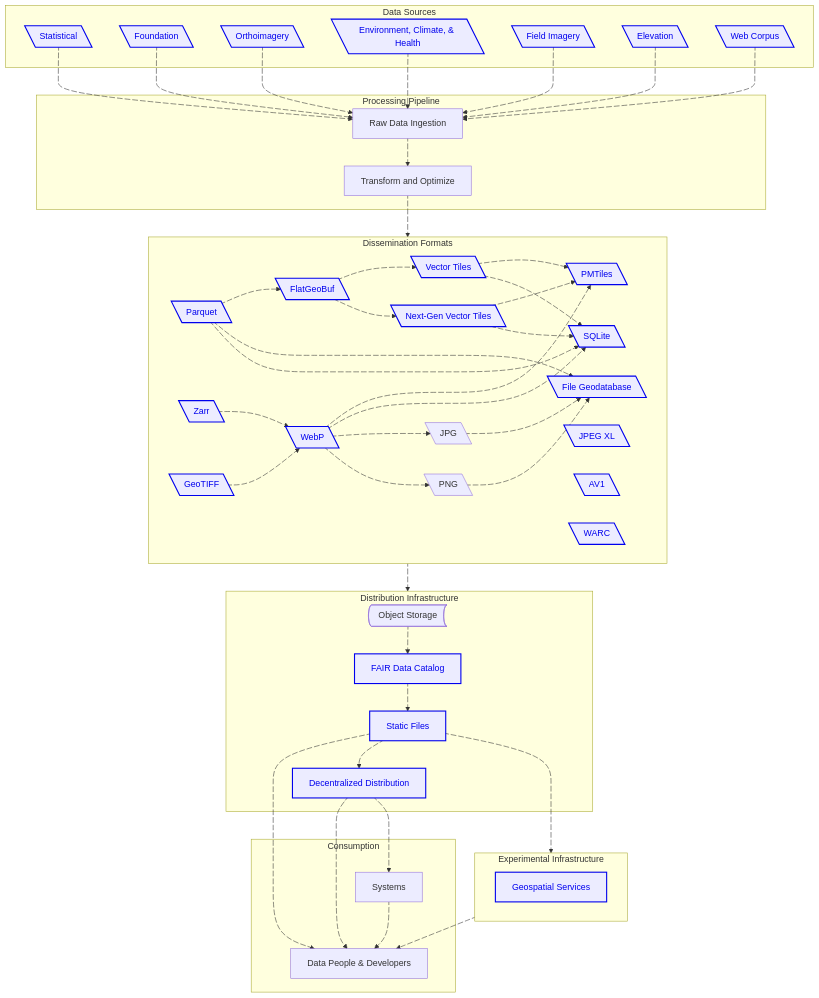
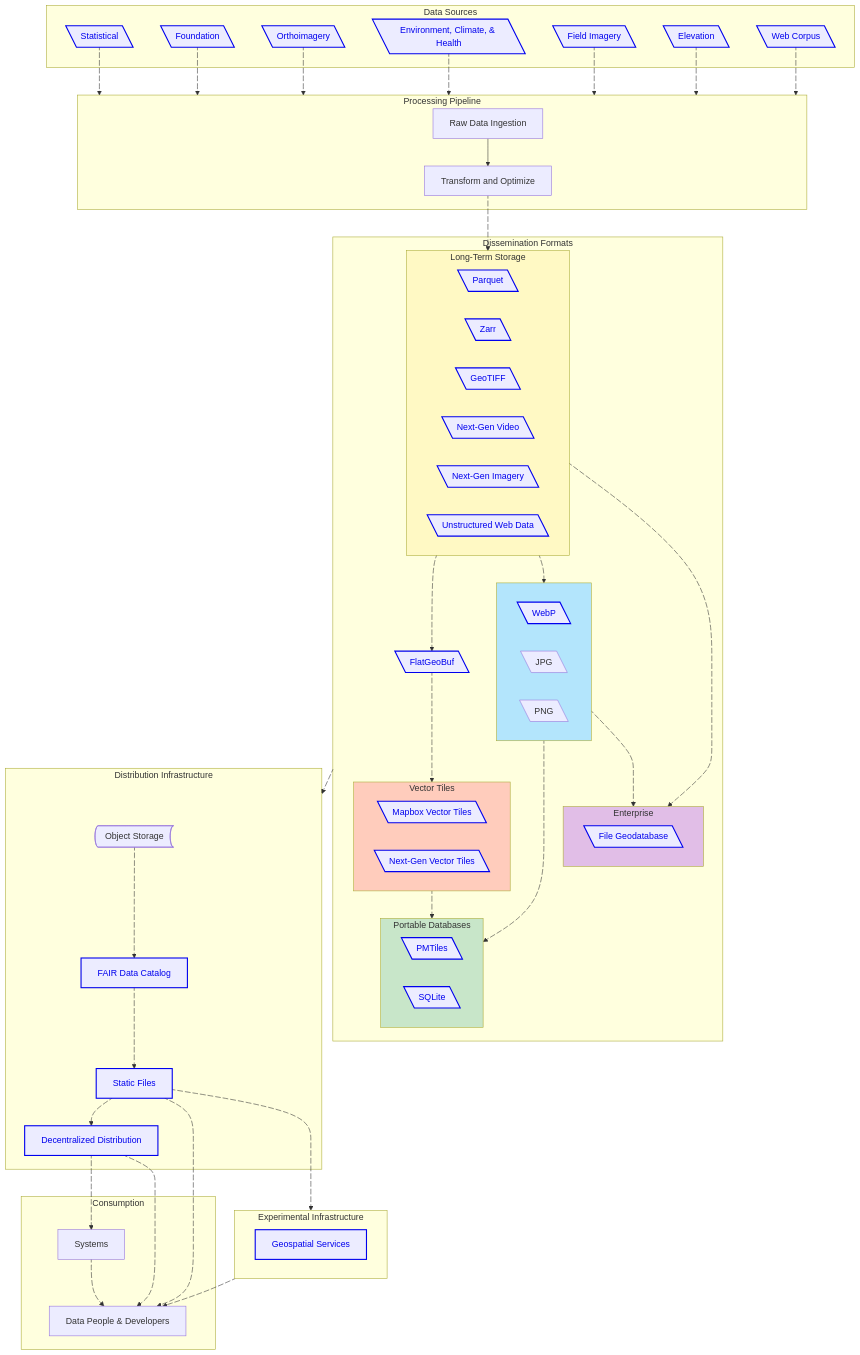
Before and after one commit to dataforcanada/www.dataforcanada.org: the diagram in content/_index.md, drawn with Mermaid. The commit also changed other lines of this file, not shown here.

Commit message:
Simplify homepage high-level overview diagram. Change terminology

````diff
--- a/content/_index.md
+++ b/content/_index.md
@@ -65,6 +66,10 @@
 ```mermaid
 flowchart TD
     classDef linkNode stroke:#0000EE,color:#0000EE,stroke-width:2px;
+    
+    %% ---------------------------------------------------------
+    %% 1. DATA SOURCES
+    %% ---------------------------------------------------------
     subgraph ds [Data Sources]
         Statistical@{ shape: lean-l}
         Foundation@{ shape: lean-l}
@@ -75,29 +80,63 @@
         WebCorpus@{ shape: lean-l, label: "Web Corpus"}
     end
 
+    %% ---------------------------------------------------------
+    %% 2. PROCESSING PIPELINE
+    %% ---------------------------------------------------------
     subgraph pp [Processing Pipeline]
         Raw@{ shape: rect, label: "Raw Data Ingestion"}
         Transform@{ shape: rect, label: "Transform and Optimize"}
+        
+        %% Internal Link
+        Raw --> Transform
     end
 
+    %% ---------------------------------------------------------
+    %% 3. DISSEMINATION FORMATS
+    %% ---------------------------------------------------------
     subgraph df [Dissemination Formats]
-        Parquet@{ shape: lean-l}
+        
+        %% Box: Long-Term Storage (Pastel Gold)
+        subgraph sot [Long-Term Storage]
+            Parquet@{ shape: lean-l}
+            Zarr@{ shape: lean-l}
+            GeoTIFF@{ shape: lean-l}
+            AV1@{ shape: lean-l, label: "Next-Gen Video"}
+            JPEGXL@{ shape: lean-l, label: "Next-Gen Imagery"}
+            WARC@{ shape: lean-l, label: "Unstructured Web Data"}
+        end
+
+        %% Intermediate format (Standalone)
         FlatGeoBuf@{ shape: lean-l}
-        VectorTiles@{ shape: lean-l, label: "Vector Tiles"}
-        NextGenVectorTiles@{ shape: lean-l, label: "Next-Gen Vector Tiles"}
-        PMTiles@{ shape: lean-l}
-        SQLite@{ shape: lean-l}
-        FileGeodatabase@{shape: lean-l, label: "File Geodatabase"}
-        GeoTIFF@{ shape: lean-l}
-        Zarr@{ shape: lean-l}
-        WebP@{ shape: lean-l}
-        JPG@{ shape: lean-l}
-        PNG@{ shape: lean-l}
-        JPEGXL@{ shape: lean-l, label: "JPEG XL"}
-        AV1@{ shape: lean-l, label: "AV1"}
-        WARC@{ shape: lean-l}
+
+        %% Box: Vector Tiles (Pastel Orange)
+        subgraph vt [Vector Tiles]
+            VectorTiles@{ shape: lean-l, label: "Mapbox Vector Tiles"}
+            NextGenVectorTiles@{ shape: lean-l, label: "Next-Gen Vector Tiles"}
+        end
+
+        %% Box: Visuals (Pastel Blue - No Name)
+        subgraph visuals [" "]
+            WebP@{ shape: lean-l}
+            JPG@{ shape: lean-l}
+            PNG@{ shape: lean-l}
+        end
+
+        %% Box: Portable Databases (Pastel Green)
+        subgraph pkg [Portable Databases]
+            PMTiles@{ shape: lean-l}
+            SQLite@{ shape: lean-l}
+        end
+
+        %% Box: Enterprise (Pastel Purple)
+        subgraph ent [Enterprise]
+            FileGeodatabase@{shape: lean-l, label: "File Geodatabase"}
+        end
     end
 
+    %% ---------------------------------------------------------
+    %% 4. DISTRIBUTION INFRASTRUCTURE
+    %% ---------------------------------------------------------
     subgraph di [Distribution Infrastructure]
         ObjectStorage@{ shape: bow-rect, label: "Object Storage"}
         Metadata@{ shape: rect, label: "FAIR Data Catalog"}
@@ -105,96 +144,119 @@
         DecentralizedDistribution@{ shape: rect, label: "Decentralized Distribution"}
     end
 
+    %% ---------------------------------------------------------
+    %% 5. EXPERIMENTAL INFRASTRUCTURE
+    %% ---------------------------------------------------------
     subgraph ei [Experimental Infrastructure]
         GeoSpatialServices@{ shape: rect, label: "Geospatial Services"}
-        %%Martin@{ shape: rect}
-        %%GeoServer@{ shape: rect}
-        %%ZOOProject@{ shape: rect, label: "ZOO-Project"}
-        %%BBOXServer@{ shape: rect, label: "BBOX Server"}
-        %%Panoramax@{ shape: rect}
-        %%Pelias@{ shape: rect}
     end
 
+    %% ---------------------------------------------------------
+    %% 6. CONSUMPTION
+    %% ---------------------------------------------------------
     subgraph "Consumption"
         DataSci@{ shape: rect, label: "Data People & Developers"}
         Systems@{ shape: rect, label: "Systems"}
     end
 
-    %% Relationships
-    Statistical a1@--> Raw
+    %% =========================================================
+    %% RELATIONSHIPS
+    %% =========================================================
+
+    %% Data Sources --> Processing Pipeline (Box)
+    Statistical a1@--> pp
     a1@{animate: true, animation: slow}
-    Foundation a2@--> Raw
+    Foundation a2@--> pp
     a2@{animate: true, animation: slow}
-    Orthoimagery a3@--> Raw
+    Orthoimagery a3@--> pp
     a3@{animate: true, animation: slow}
-    EnvironmentClimate a5@--> Raw
+    EnvironmentClimate a5@--> pp
     a5@{animate: true, animation: fast}
-    FieldImagery a4@--> Raw
+    FieldImagery a4@--> pp
     a4@{animate:true, animation: fast}
-    Elevation a6@--> Raw
+    Elevation a6@--> pp
     a6@{animate: true, animation: slow}
-    WebCorpus a7@--> Raw
+    WebCorpus a7@--> pp
     a7@{animate: true, animation: fast}
-    Raw a8@--> Transform
-    a8@{animate: true, animation: slow}
-    Transform a9@--> df
+
+    %% Processing Pipeline --> Long-Term Storage (Box)
+    Transform a9@--> sot
     a9@{animate: true, animation: slow}
-    Parquet a10@--> FlatGeoBuf
+
+    %% Long-Term Storage --> FlatGeoBuf
+    sot a10@--> FlatGeoBuf
     a10@{animate: true, animation: fast}
-    Parquet a100@--> FileGeodatabase
-    Parquet a110@--> SQLite
-    a110@{animate: true, animation: slow}
+    
+    %% FlatGeoBuf --> Vector Tiles (Box)
+    FlatGeoBuf a11@--> vt
+    a11@{animate: true, animation: fast}
+
+    %% Long-Term Storage --> Visuals (Box)
+    sot a12@--> visuals
+    a12@{animate: true, animation: slow}
+
+    %% Vector Tiles --> Portable Databases (Box)
+    vt a90@--> pkg
+    a90@{animate: true, animation: fast}
+
+    %% Visuals --> Portable Databases (Box)
+    visuals a93@--> pkg
+    a93@{animate: true, animation: slow}
+
+    %% Long-Term Storage --> Enterprise (Box)
+    sot a100@--> ent
     a100@{animate: true, animation: slow}
-    FlatGeoBuf a11@--> VectorTiles
-    a11@{animate: true, animation: fast}
-    FlatGeoBuf a91@--> NextGenVectorTiles
-    a91@{animate: true, animation: fast}
-    VectorTiles a90@ --> PMTiles
-    a90@{animate: true, animation: fast}
-    VectorTiles a96@ --> SQLite
-    a96@{animate: true, animation: slow}
-    NextGenVectorTiles a92@ --> PMTiles
-    a92@{animate: true, animation: slow}
-    NextGenVectorTiles a95@ --> SQLite
-    a95@{animate: true, animation: slow}
-    Zarr a12@ --> WebP
-    a12@{animate: true, animation: slow}
-    df a13@ --> di
+
+    %% Visuals --> Enterprise (Box)
+    visuals a102@--> ent
+    a102@{animate: true, animation: slow}
+
+    %% Dissemination Formats --> Distribution Infrastructure
+    df a13@--> di
     a13@{animate: true, animation: slow}
-    GeoTIFF a14@--> WebP
-    a14@{animate: true, animation: slow}
-    WebP a93@--> PMTiles 
-    a93@{animate: true, animation: slow}
-    WebP a94@--> SQLite
-    a94@{animate: true, animation: slow}
-    WebP a103@--> JPG
-    a103@{animate: true, animation: slow}
-    WebP a104@--> PNG
-    a104@{animate: true, animation: slow}
-	JPG a101@--> FileGeodatabase
-    a101@{animate: true, animation: slow}
-	PNG a102@--> FileGeodatabase
-    a102@{animate: true, animation: slow}
+
+    %% Distribution Infrastructure Flow
     ObjectStorage a15@--> Metadata
     a15@{animate: true, animation: slow}
     Metadata a16@--> HTTP
     a16@{animate: true, animation: slow}
+    
     HTTP a17@--> ei
     a17@{animate: true, animation: slow}
     HTTP a18@--> DecentralizedDistribution
     a18@{animate: true, animation: slow}
     HTTP a19@--> DataSci
     a19@{animate: true, animation: slow}
+    
     DecentralizedDistribution a20@--> Systems
     a20@{animate: true, animation: fast}
     DecentralizedDistribution a21@--> DataSci
     a21@{animate: true, animation: fast}
+    
     Systems a22@ --> DataSci
     a22@{animate: true, animation: fast}
     ei a23@ --> DataSci
     a23@{animate: true, animation: slow}
 
-    %% URLs
+    %% =========================================================
+    %% STYLING
+    %% =========================================================
+    
+    %% Color Palette (Option 1: Functional)
+    style sot fill:#FFF9C4
+    style ent fill:#E1BEE7
+    style vt fill:#FFCCBC
+    style pkg fill:#C8E6C9
+    style visuals fill:#B3E5FC
+    
+    %% Link Node Styling
+    class Foundation,Statistical,Orthoimagery,FieldImagery,EnvironmentClimate,Elevation,WebCorpus linkNode
+    class Parquet,FlatGeoBuf,SQLite,FileGeodatabase,VectorTiles,NextGenVectorTiles,GeoTIFF,Zarr,WebP,PMTiles,JPEGXL,AV1,WARC linkNode
+    class DecentralizedDistribution,HTTP,Metadata,GeoSpatialServices linkNode
+
+    %% =========================================================
+    %% CLICK ACTIONS
+    %% =========================================================
     click Foundation "https://github.com/dataforcanada/process-foundation-labs/" _blank
     click Statistical "https://github.com/dataforcanada/process-statistical-labs/" _blank
     click Orthoimagery "https://github.com/dataforcanada/process-orthoimagery-labs/" _blank
@@ -220,15 +282,4 @@
     click DecentralizedDistribution "https://www.dataforcanada.org/docs/dissemination/" _blank
     click Metadata "https://stac-utils.github.io/stac-geoparquet/latest/spec/stac-geoparquet-spec/" _blank
     click GeoSpatialServices "https://github.com/dataforcanada/geo-services-labs/" _blank
-    click Martin "https://martin.maplibre.org/" _blank
-    click GeoServer "https://geoserver.org/" _blank
-    click ZOOProject "https://zoo-project.org/" _blank
-    click BBOXServer "https://www.bbox.earth/" _blank
-    click Panoramax "https://gitlab.com/panoramax" _blank
-    click Pelias "https://pelias.io" _blank
-
-    %% APPLY STYLES TO LINKED NODES
-    class Foundation,Statistical,Orthoimagery,FieldImagery,EnvironmentClimate,Elevation,WebCorpus linkNode
-    class Parquet,FlatGeoBuf,SQLite,FileGeodatabase,VectorTiles,NextGenVectorTiles,GeoTIFF,Zarr,WebP,PMTiles,JPEGXL,AV1,WARC linkNode
-    class DecentralizedDistribution,HTTP,Metadata,GeoSpatialServices linkNode
 ```
````
